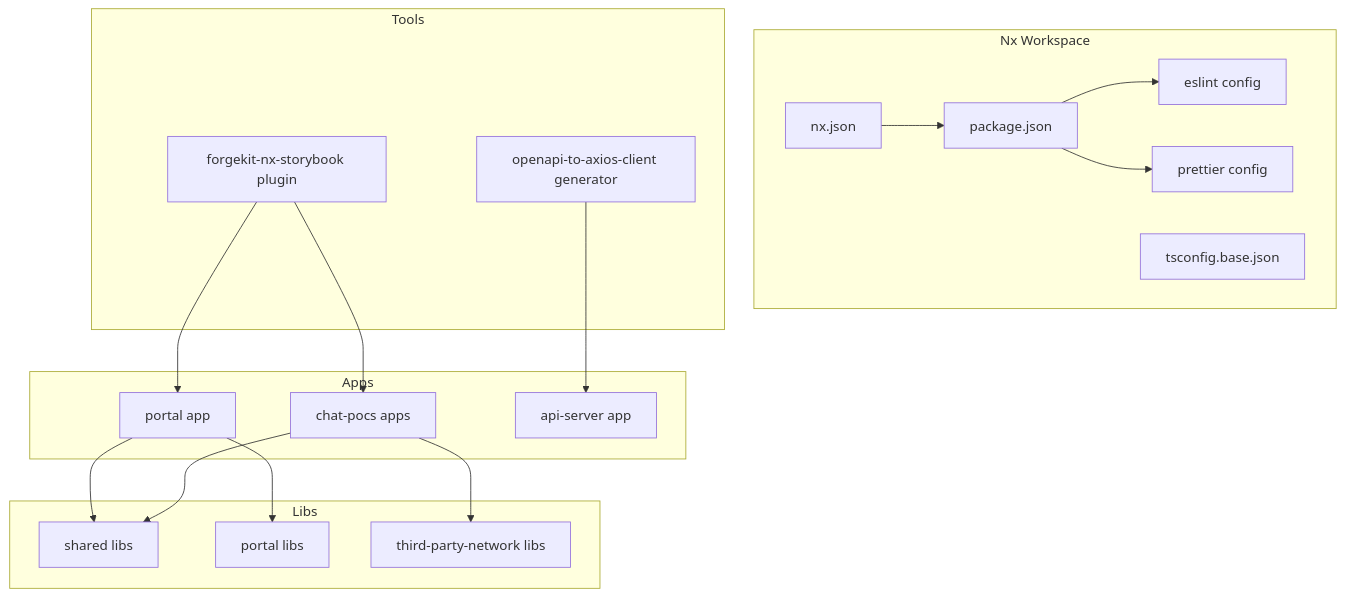
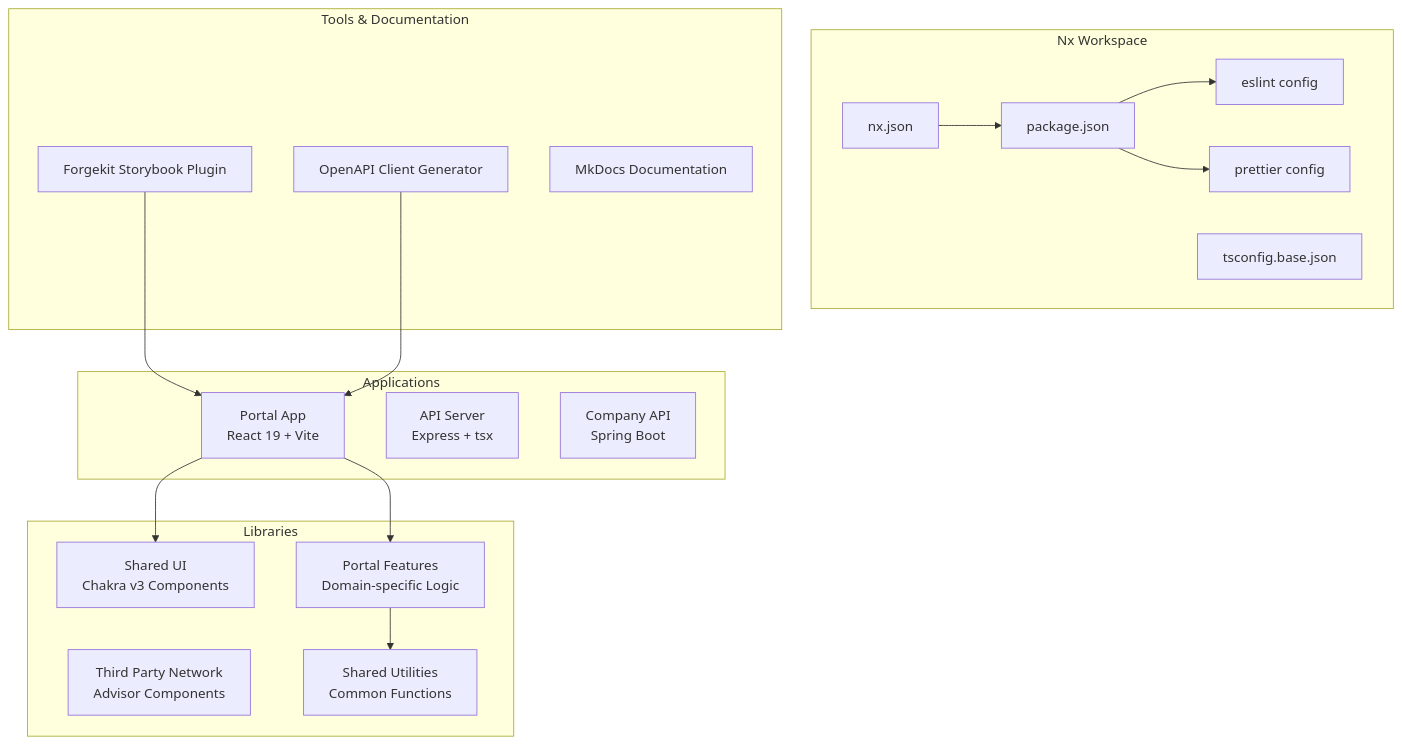
The second of 5 diagrams in .qoder/repowiki/en/content/Development Tools.md (effinrich/rh-nx-monorepo), drawn with Mermaid before and after one commit. The commit also changed other lines of this file and 130 other files, not shown here.

````diff
--- a/.qoder/repowiki/en/content/Development Tools.md
+++ b/.qoder/repowiki/en/content/Development Tools.md
@@ -44,34 +241,34 @@
 ```mermaid
 graph TB
 subgraph "Nx Workspace"
 NX["nx.json"]
 PKG["package.json"]
 TS["tsconfig.base.json"]
 ESL["eslint config"]
 PRET["prettier config"]
 end
-subgraph "Apps"
-APP_PORTAL["portal app"]
-APP_CHAT["chat-pocs apps"]
-APP_API["api-server app"]
+subgraph "Applications"
+APP_PORTAL["Portal App<br/>React 19 + Vite"]
+APP_API["API Server<br/>Express + tsx"]
+APP_COMPANY["Company API<br/>Spring Boot"]
 end
-subgraph "Libs"
-LIB_SHARED["shared libs"]
-LIB_PORTAL["portal libs"]
-LIB_TPN["third-party-network libs"]
+subgraph "Libraries"
+LIB_SHARED_UI["Shared UI<br/>Chakra v3 Components"]
+LIB_PORTAL_FEATURES["Portal Features<br/>Domain-specific Logic"]
+LIB_THIRD_PARTY["Third Party Network<br/>Advisor Components"]
+LIB_SHARED_UTILS["Shared Utilities<br/>Common Functions"]
 end
-subgraph "Tools"
-TOOL_FKS["forgekit-nx-storybook plugin"]
-TOOL_OPENAPI["openapi-to-axios-client generator"]
+subgraph "Tools & Documentation"
+TOOLS["Forgekit Storybook Plugin"]
+OPENAPI["OpenAPI Client Generator"]
+DOCS["MkDocs Documentation"]
 end
 NX --> PKG
 PKG --> ESL
 PKG --> PRET
-TOOL_FKS --> APP_PORTAL
-TOOL_FKS --> APP_CHAT
-TOOL_OPENAPI --> APP_API
-APP_PORTAL --> LIB_SHARED
-APP_PORTAL --> LIB_PORTAL
-APP_CHAT --> LIB_SHARED
-APP_CHAT --> LIB_TPN
+APP_PORTAL --> LIB_SHARED_UI
+APP_PORTAL --> LIB_PORTAL_FEATURES
+LIB_PORTAL_FEATURES --> LIB_SHARED_UTILS
+TOOLS --> APP_PORTAL
+OPENAPI --> APP_PORTAL
 ```
````
